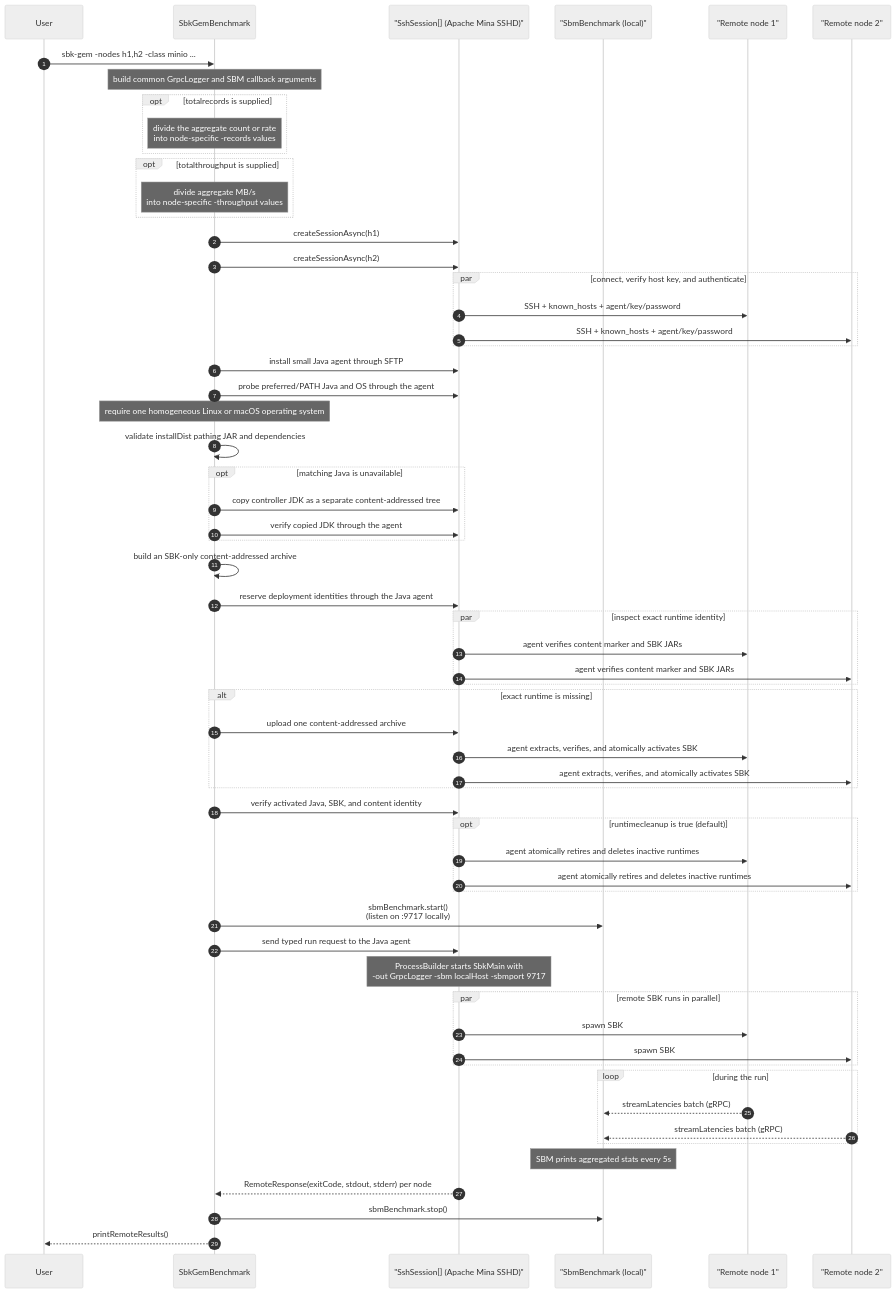
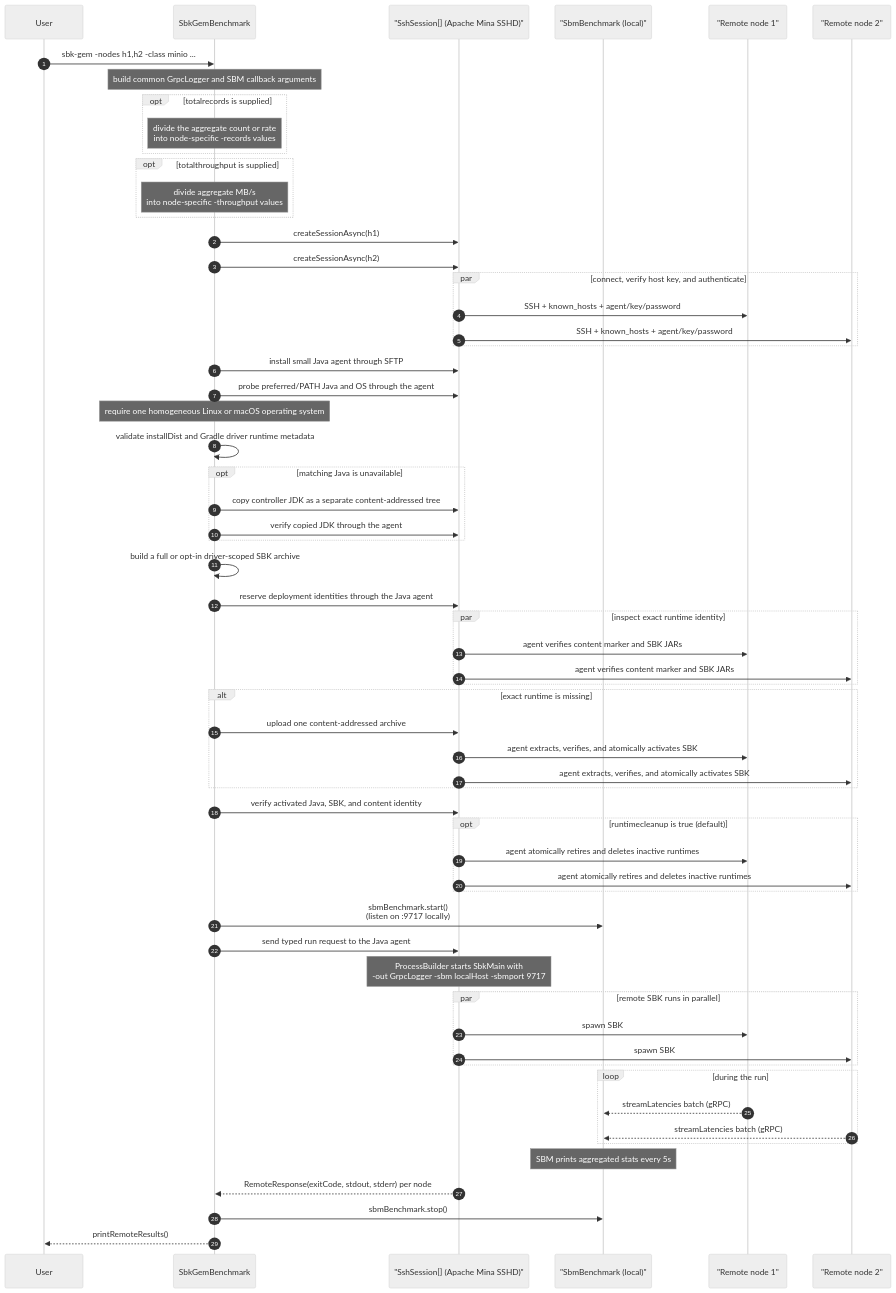
Before and after one commit to kmgowda/SBK: diagram 27 of 43 in docs/sbk-internals.md, drawn with Mermaid (neutral theme). The commit also changed other lines of this file and 16 other files, not shown here.

Commit message:
Add driver-scoped SBK-GEM runtime deployment

````diff
--- a/docs/sbk-internals.md
+++ b/docs/sbk-internals.md
@@ -1917,70 +1917,70 @@
 ```mermaid
 sequenceDiagram
     autonumber
     participant User
     participant GEM as SbkGemBenchmark
     participant SSH as "SshSession[] (Apache Mina SSHD)"
     participant SBM as "SbmBenchmark (local)"
     participant N1 as "Remote node 1"
     participant N2 as "Remote node 2"
 
     User->>GEM: sbk-gem -nodes h1,h2 -class minio ...
     Note over GEM: build common GrpcLogger and SBM callback arguments
     opt totalrecords is supplied
         Note over GEM: divide the aggregate count or rate<br/>into node-specific -records values
     end
     opt totalthroughput is supplied
         Note over GEM: divide aggregate MB/s<br/>into node-specific -throughput values
     end
     GEM->>SSH: createSessionAsync(h1)
     GEM->>SSH: createSessionAsync(h2)
     par connect, verify host key, and authenticate
         SSH->>N1: SSH + known_hosts + agent/key/password
         SSH->>N2: SSH + known_hosts + agent/key/password
     end
 
     GEM->>SSH: install small Java agent through SFTP
     GEM->>SSH: probe preferred/PATH Java and OS through the agent
     Note over GEM: require one homogeneous Linux or macOS operating system
-    GEM->>GEM: validate installDist pathing JAR and dependencies
+    GEM->>GEM: validate installDist and Gradle driver runtime metadata
     opt matching Java is unavailable
         GEM->>SSH: copy controller JDK as a separate content-addressed tree
         GEM->>SSH: verify copied JDK through the agent
     end
-    GEM->>GEM: build an SBK-only content-addressed archive
+    GEM->>GEM: build a full or opt-in driver-scoped SBK archive
     GEM->>SSH: reserve deployment identities through the Java agent
     par inspect exact runtime identity
         SSH->>N1: agent verifies content marker and SBK JARs
         SSH->>N2: agent verifies content marker and SBK JARs
     end
     alt exact runtime is missing
         GEM->>SSH: upload one content-addressed archive
         SSH->>N1: agent extracts, verifies, and atomically activates SBK
         SSH->>N2: agent extracts, verifies, and atomically activates SBK
     end
     GEM->>SSH: verify activated Java, SBK, and content identity
     opt runtimecleanup is true (default)
         SSH->>N1: agent atomically retires and deletes inactive runtimes
         SSH->>N2: agent atomically retires and deletes inactive runtimes
     end
 
     GEM->>SBM: sbmBenchmark.start()<br/>(listen on :9717 locally)
     GEM->>SSH: send typed run request to the Java agent
     Note over SSH: ProcessBuilder starts SbkMain with<br/>-out GrpcLogger -sbm localHost -sbmport 9717
 
     par remote SBK runs in parallel
         SSH->>N1: spawn SBK
         SSH->>N2: spawn SBK
     end
 
     loop during the run
         N1-->>SBM: streamLatencies batch (gRPC)
         N2-->>SBM: streamLatencies batch (gRPC)
     end
 
     Note over SBM: SBM prints aggregated stats every 5s
 
     SSH-->>GEM: RemoteResponse(exitCode, stdout, stderr) per node
     GEM->>SBM: sbmBenchmark.stop()
 GEM-->>User: printRemoteResults()
 ```
````
